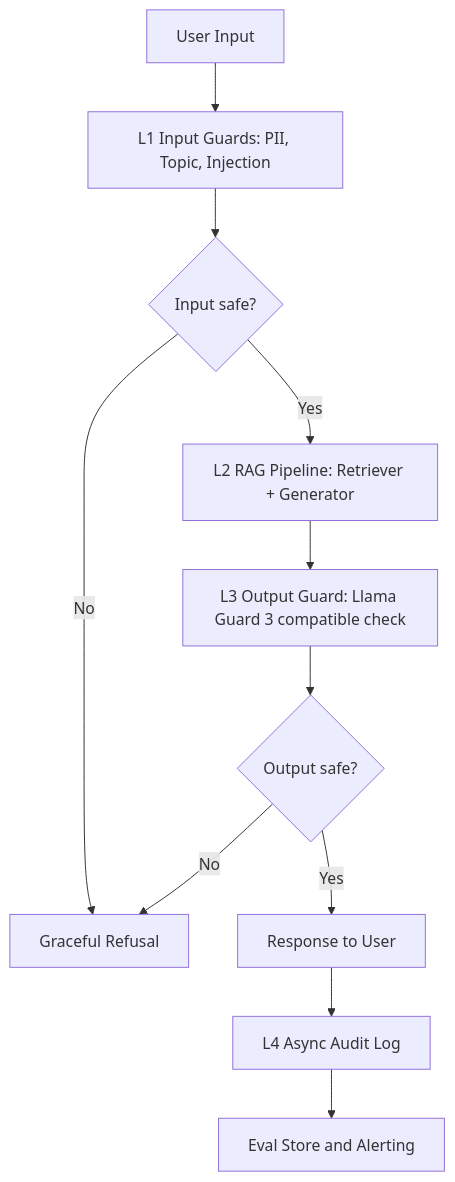
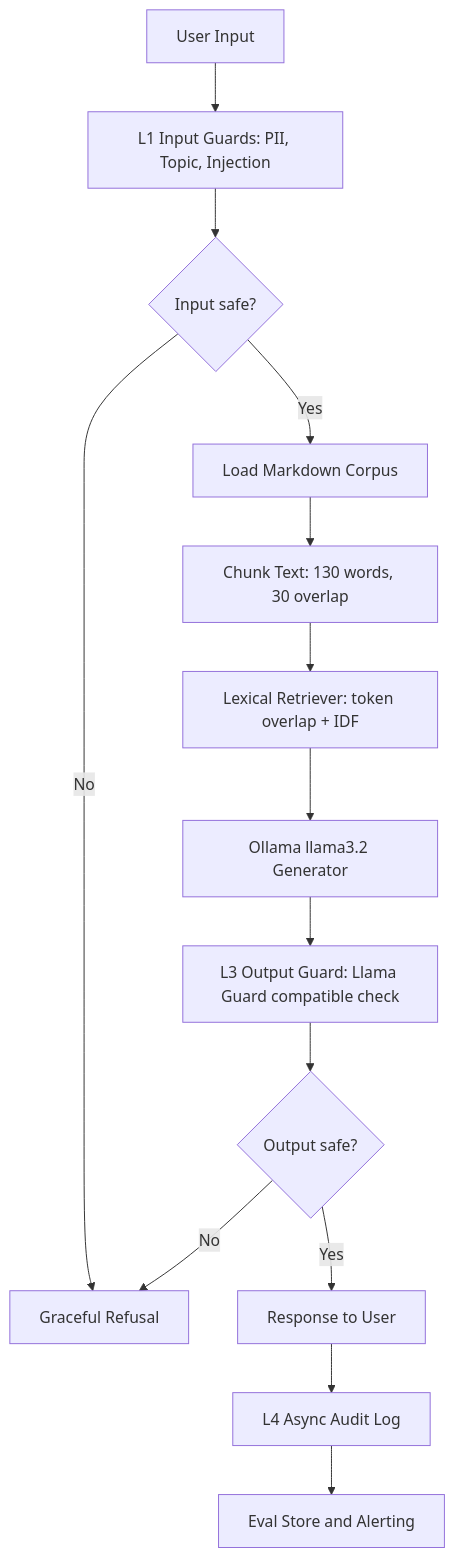
The diagram in phase-d/blueprint.md (andydyan20/2A202600024-DangTienDung-track3-day24), drawn with Mermaid before and after one commit. The commit also changed other lines of this file and 12 other files, not shown here.

````diff
--- a/phase-d/blueprint.md
+++ b/phase-d/blueprint.md
@@ -17,13 +37,16 @@
 ```mermaid
 graph TD
     A[User Input] --> B[L1 Input Guards: PII, Topic, Injection]
     B --> C{Input safe?}
     C -->|No| Z[Graceful Refusal]
-    C -->|Yes| D[L2 RAG Pipeline: Retriever + Generator]
-    D --> E[L3 Output Guard: Llama Guard 3 compatible check]
+    C -->|Yes| D1[Load Markdown Corpus]
+    D1 --> D2[Chunk Text: 130 words, 30 overlap]
+    D2 --> D3[Lexical Retriever: token overlap + IDF]
+    D3 --> D4[Ollama llama3.2 Generator]
+    D4 --> E[L3 Output Guard: Llama Guard compatible check]
     E --> F{Output safe?}
     F -->|No| Z
     F -->|Yes| G[Response to User]
     G --> H[L4 Async Audit Log]
     H --> I[Eval Store and Alerting]
 ```
````
